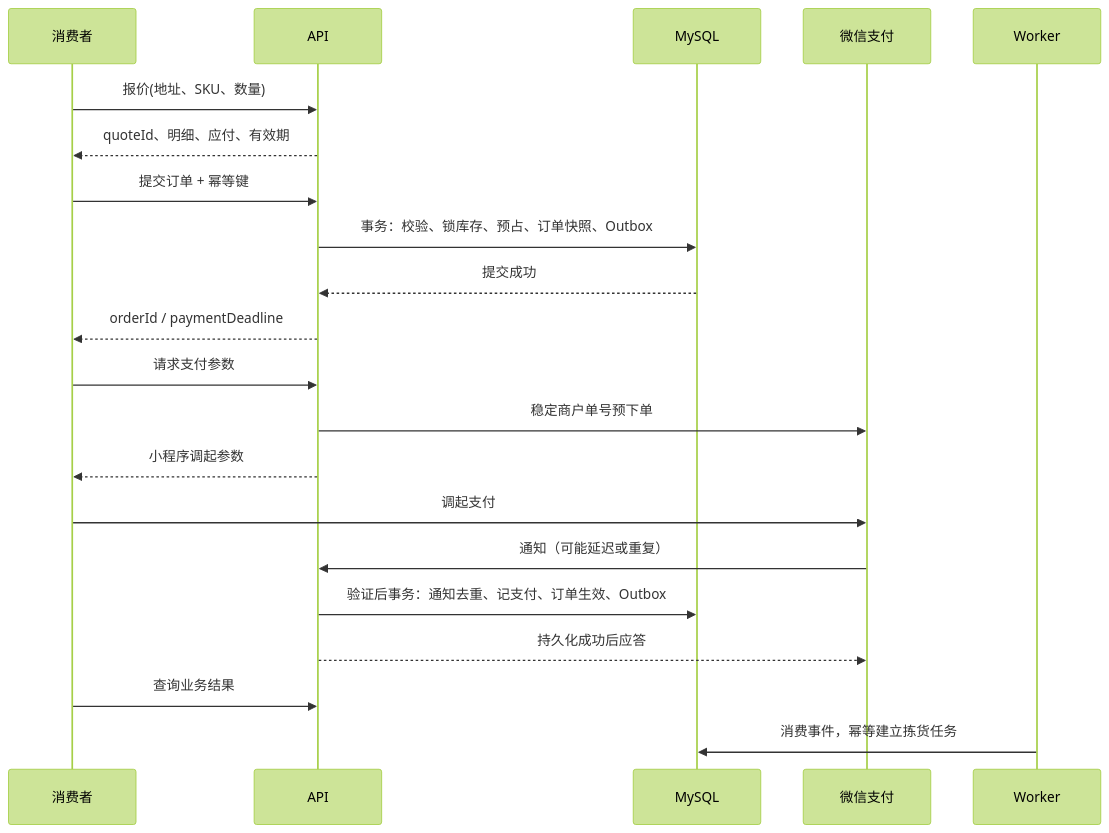
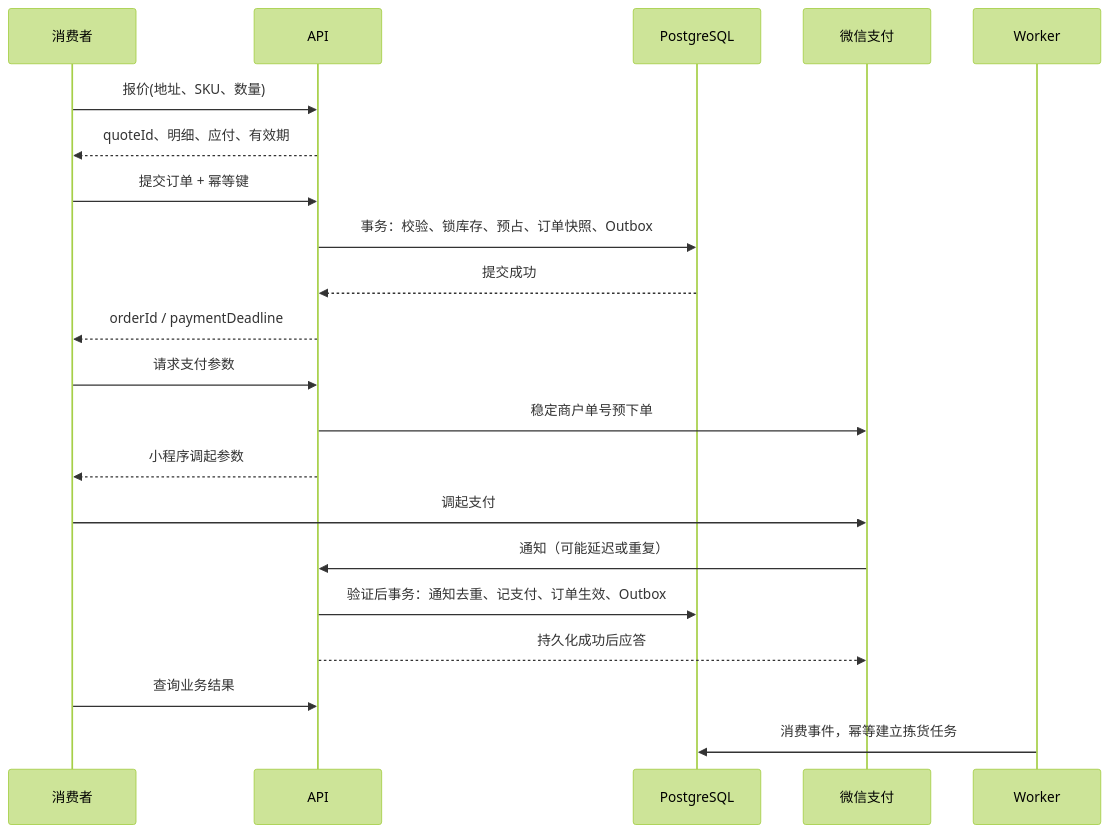
Before and after one commit to TiezhuGG/yumi-retail: the diagram in docs/architecture/ARCHITECTURE-V1.md, drawn with Mermaid (forest theme). The commit also changed other lines of this file and 79 other files, not shown here.

````diff
--- a/docs/architecture/ARCHITECTURE-V1.md
+++ b/docs/architecture/ARCHITECTURE-V1.md
@@ -72,23 +74,23 @@
 ```mermaid
 sequenceDiagram
     participant C as 消费者
     participant A as API
-    participant D as MySQL
+    participant D as PostgreSQL
     participant W as 微信支付
     participant J as Worker
     C->>A: 报价(地址、SKU、数量)
     A-->>C: quoteId、明细、应付、有效期
     C->>A: 提交订单 + 幂等键
     A->>D: 事务：校验、锁库存、预占、订单快照、Outbox
     D-->>A: 提交成功
     A-->>C: orderId / paymentDeadline
     C->>A: 请求支付参数
     A->>W: 稳定商户单号预下单
     A-->>C: 小程序调起参数
     C->>W: 调起支付
     W->>A: 通知（可能延迟或重复）
     A->>D: 验证后事务：通知去重、记支付、订单生效、Outbox
     A-->>W: 持久化成功后应答
     C->>A: 查询业务结果
     J->>D: 消费事件，幂等建立拣货任务
 ```
````
